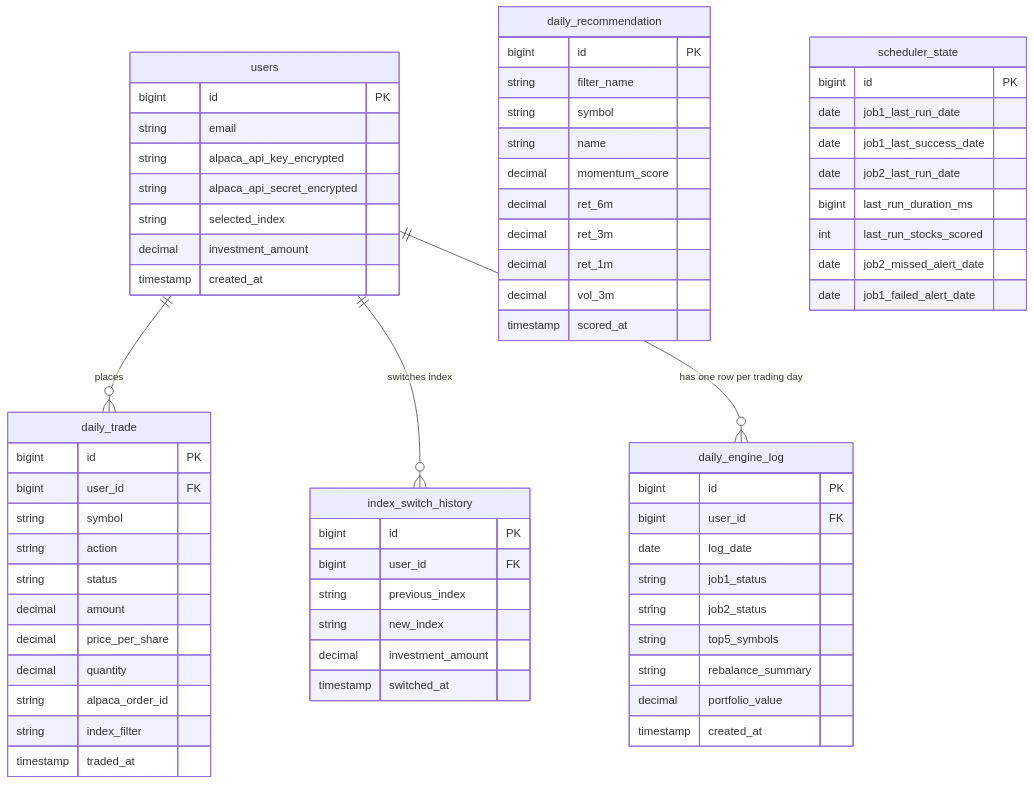
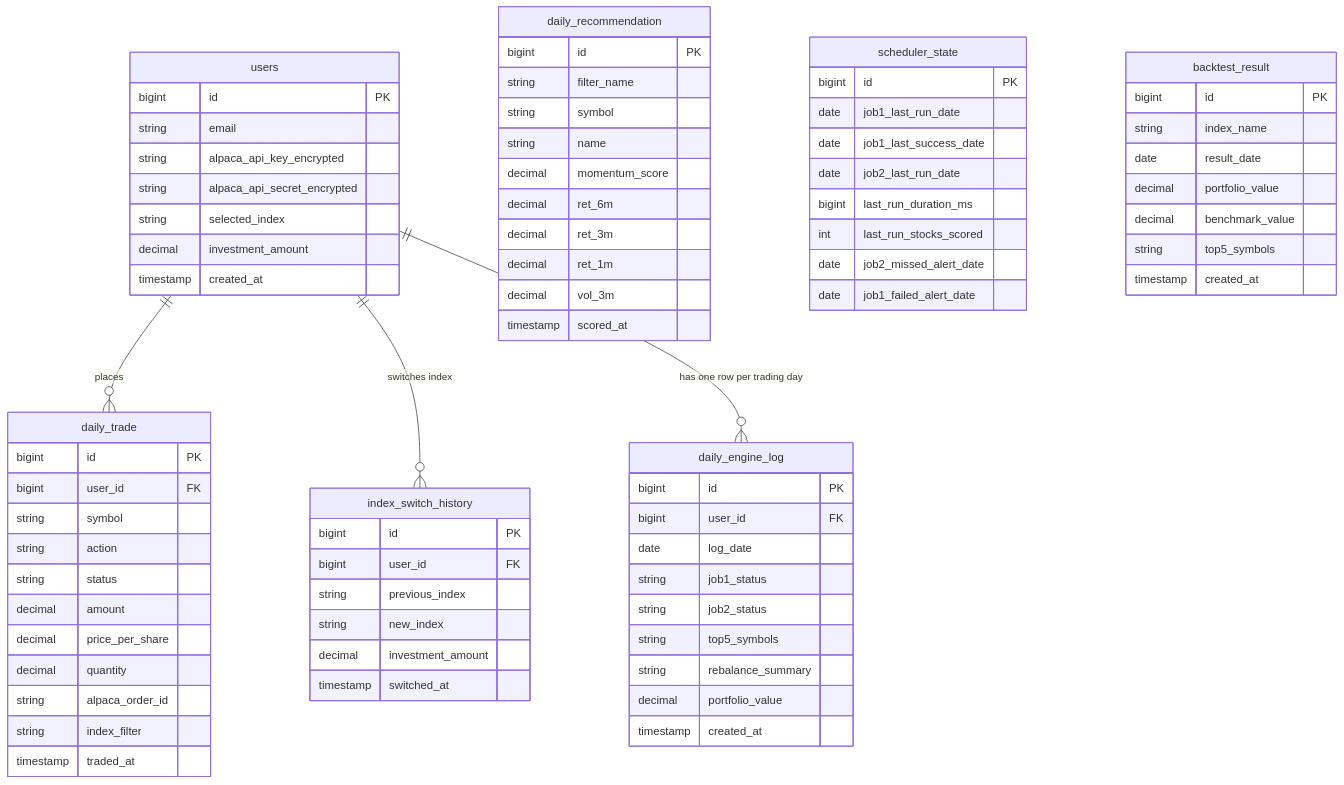
The diagram in docs/schema-diagram.md (shivam-tamboli/momentum-trading-system), drawn with Mermaid before and after one commit. The commit also changed other lines of this file and 5 other files, not shown here.

````diff
--- a/docs/schema-diagram.md
+++ b/docs/schema-diagram.md
@@ -3,70 +3,79 @@
 ```mermaid
 erDiagram
     users ||--o{ daily_trade : "places"
     users ||--o{ index_switch_history : "switches index"
     users ||--o{ daily_engine_log : "has one row per trading day"
 
     users {
         bigint id PK
         string email
         string alpaca_api_key_encrypted
         string alpaca_api_secret_encrypted
         string selected_index
         decimal investment_amount
         timestamp created_at
     }
     daily_recommendation {
         bigint id PK
         string filter_name
         string symbol
         string name
         decimal momentum_score
         decimal ret_6m
         decimal ret_3m
         decimal ret_1m
         decimal vol_3m
         timestamp scored_at
     }
     daily_trade {
         bigint id PK
         bigint user_id FK
         string symbol
         string action
         string status
         decimal amount
         decimal price_per_share
         decimal quantity
         string alpaca_order_id
         string index_filter
         timestamp traded_at
     }
     index_switch_history {
         bigint id PK
         bigint user_id FK
         string previous_index
         string new_index
         decimal investment_amount
         timestamp switched_at
     }
     daily_engine_log {
         bigint id PK
         bigint user_id FK
         date log_date
         string job1_status
         string job2_status
         string top5_symbols
         string rebalance_summary
         decimal portfolio_value
         timestamp created_at
     }
     scheduler_state {
         bigint id PK
         date job1_last_run_date
         date job1_last_success_date
         date job2_last_run_date
         bigint last_run_duration_ms
         int last_run_stocks_scored
         date job2_missed_alert_date
         date job1_failed_alert_date
     }
+    backtest_result {
+        bigint id PK
+        string index_name
+        date result_date
+        decimal portfolio_value
+        decimal benchmark_value
+        string top5_symbols
+        timestamp created_at
+    }
 ```
````
